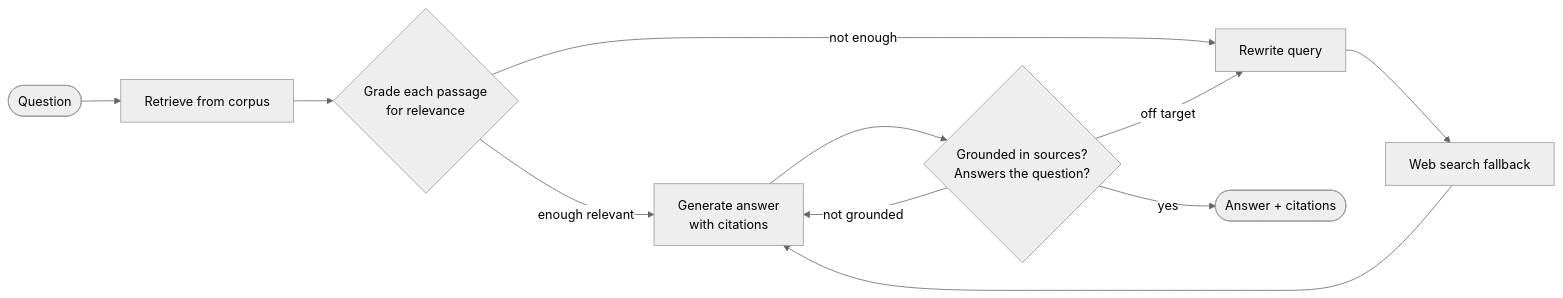
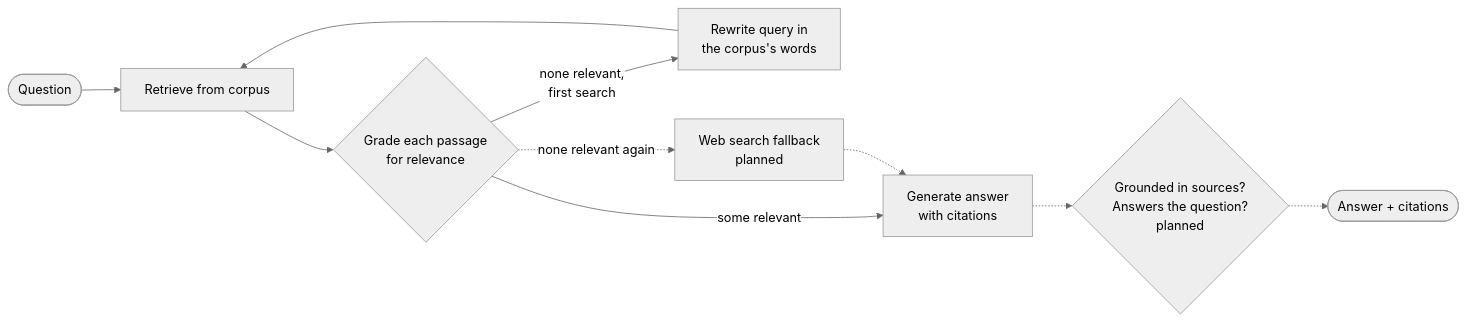
Before and after one commit to arkarapetyan/aporia-rag: the diagram in README.md, drawn with Mermaid (neutral theme). The commit also changed other lines of this file and 17 other files, not shown here.

Commit message:
feat: corrective graph with one query rewrite; comparisons asked per author.

````diff
--- a/README.md
+++ b/README.md
@@ -24,13 +24,12 @@
 ```mermaid
 flowchart LR
     Q([Question]) --> R[Retrieve from corpus]
     R --> GD{Grade each passage<br/>for relevance}
-    GD -- enough relevant --> GEN[Generate answer<br/>with citations]
-    GD -- not enough --> RW[Rewrite query]
-    RW --> WS[Web search fallback]
-    WS --> GEN
-    GEN --> V{Grounded in sources?<br/>Answers the question?}
-    V -- yes --> A([Answer + citations])
-    V -- not grounded --> GEN
-    V -- off target --> RW
+    GD -- some relevant --> GEN[Generate answer<br/>with citations]
+    GD -- none relevant,<br/>first search --> RW[Rewrite query in<br/>the corpus's words]
+    RW --> R
+    GD -. none relevant again .-> WS[Web search fallback<br/>planned]
+    WS -.-> GEN
+    GEN -.-> V{Grounded in sources?<br/>Answers the question?<br/>planned}
+    V -.-> A([Answer + citations])
 ```
````
